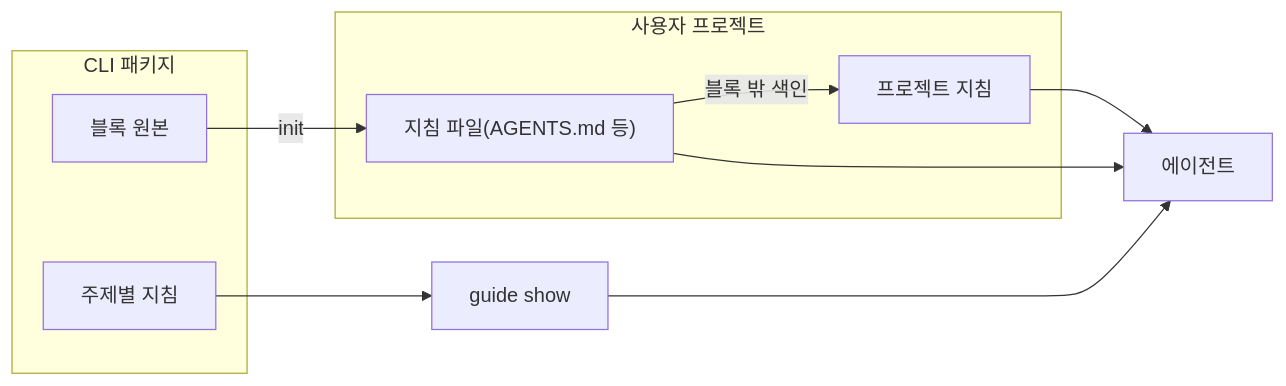
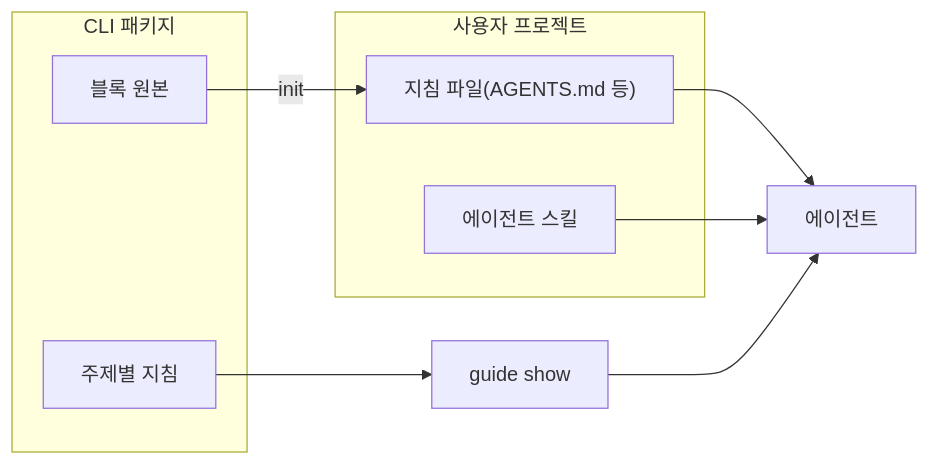
One commit to dev-goraebap/gitifact changed the diagram in .gitifact/spec/agent-workflow/design/interface.md. Above: the diagram before and after it, drawn with Mermaid. The commit also changed other lines of this file and 65 other files, not shown here.

````diff
--- a/.gitifact/spec/agent-workflow/design/interface.md
+++ b/.gitifact/spec/agent-workflow/design/interface.md
@@ -16,17 +16,16 @@
 ```mermaid
 flowchart LR
   subgraph pkg["CLI 패키지"]
     B["블록 원본"]
     T["주제별 지침"]
   end
   subgraph proj["사용자 프로젝트"]
     A["지침 파일(AGENTS.md 등)"]
-    I["프로젝트 지침"]
+    K["에이전트 스킬"]
   end
   B -->|init| A
   T --> G["guide show"]
-  A -->|"블록 밖 색인"| I
   A --> E["에이전트"]
   G --> E
-  I --> E
+  K --> E
 ```
````
